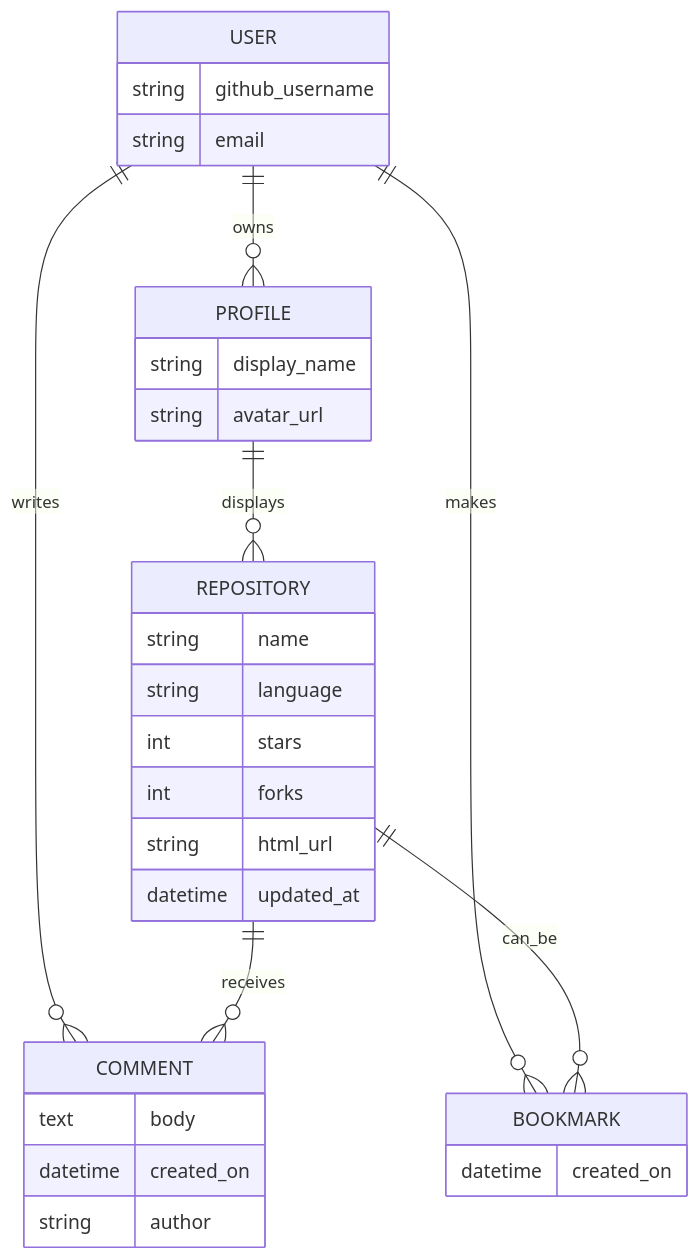
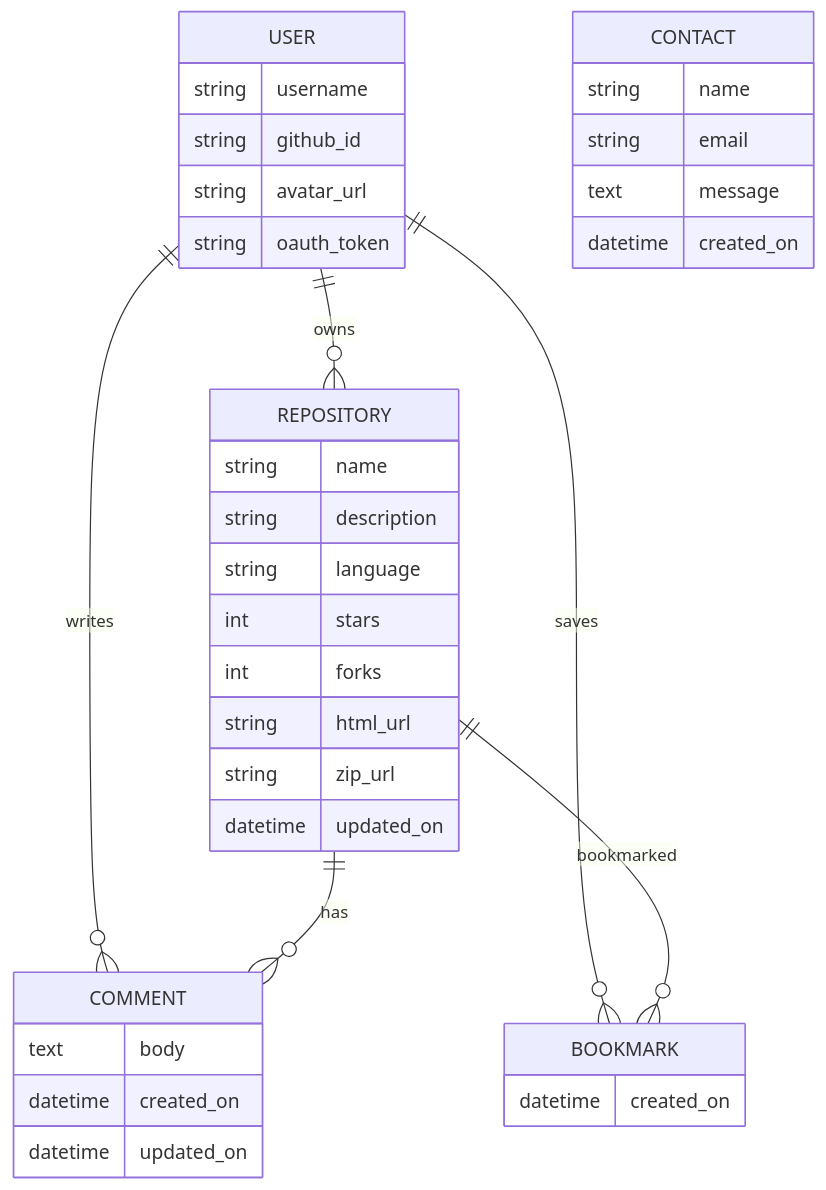
Before and after one commit to colmwoods/GitShowcase.dev: the diagram in README.md, drawn with Mermaid. The commit also changed other lines of this file, not shown here.

````diff
--- a/README.md
+++ b/README.md
@@ -178,33 +386,38 @@
 ```mermaid
 erDiagram
-    USER ||--o{ PROFILE : owns
-    USER ||--o{ BOOKMARK : makes
-    USER ||--o{ COMMENT : writes
-    PROFILE ||--o{ REPOSITORY : displays
-    REPOSITORY ||--o{ COMMENT : receives
-    REPOSITORY ||--o{ BOOKMARK : can_be
+    USER ||--o{ REPOSITORY : "owns"
+    USER ||--o{ COMMENT : "writes"
+    USER ||--o{ BOOKMARK : "saves"
+    REPOSITORY ||--o{ COMMENT : "has"
+    REPOSITORY ||--o{ BOOKMARK : "bookmarked"
+    CONTACT {
+        string name
+        string email
+        text message
+        datetime created_on
+    }
     USER {
-        string github_username
-        string email
-    }
-    PROFILE {
-        string display_name
+        string username
+        string github_id
         string avatar_url
+        string oauth_token
     }
     REPOSITORY {
         string name
+        string description
         string language
         int stars
         int forks
         string html_url
-        datetime updated_at
+        string zip_url
+        datetime updated_on
     }
     COMMENT {
         text body
         datetime created_on
-        string author
+        datetime updated_on
     }
     BOOKMARK {
         datetime created_on
     }
 ```
````
